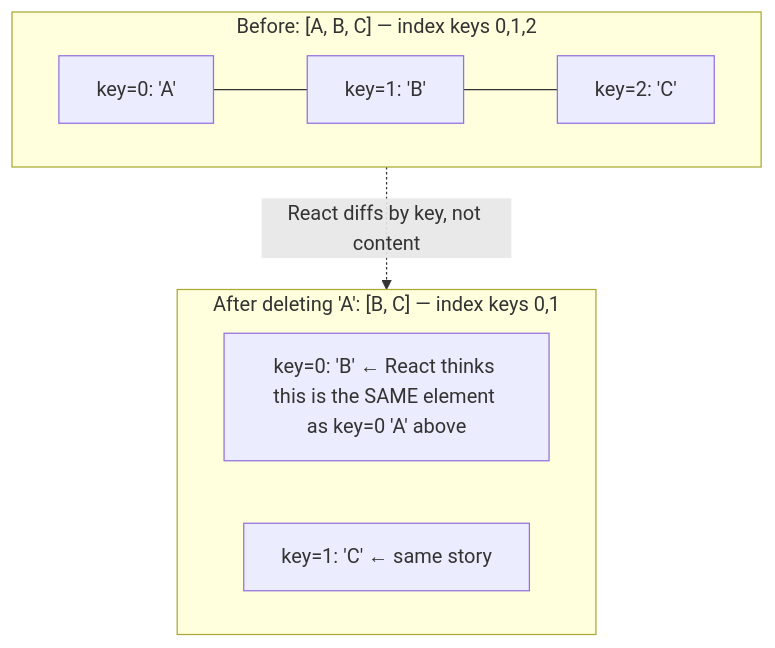
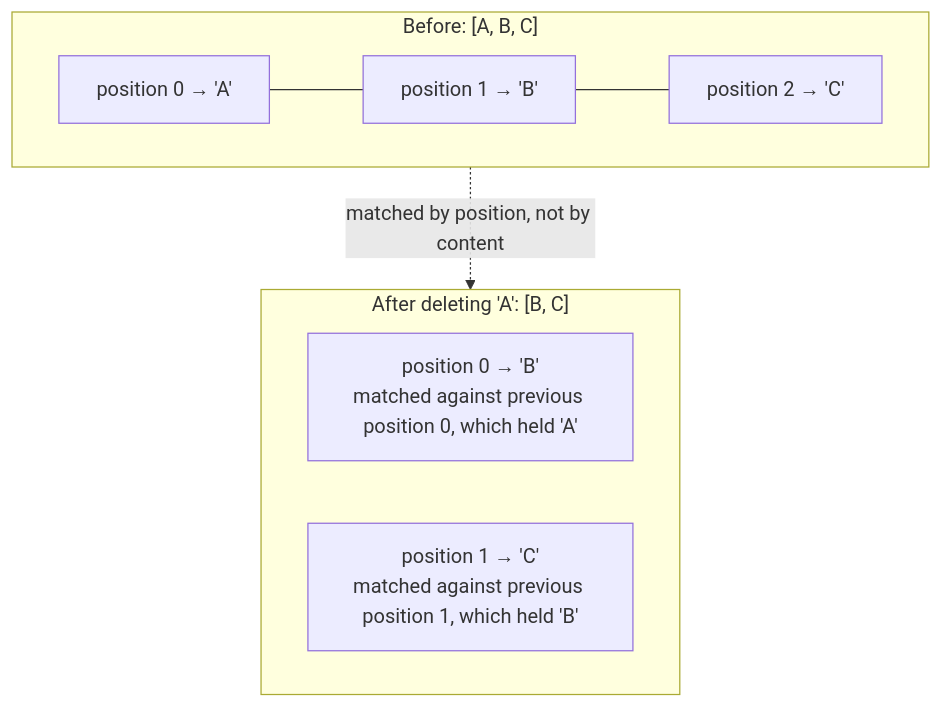
The fourth of 5 diagrams in notes/01-foundations/README.md (tushardongre1990/Claude-React), drawn with Mermaid before and after one commit. The commit also changed other lines of this file and 1 other file, not shown here.

Commit message:
fix ch.01 diagrams: correct jsxs transform output, Vite-as-compiler, trigger and index-key labels

````diff
--- a/notes/01-foundations/README.md
+++ b/notes/01-foundations/README.md
@@ -807,11 +865,11 @@
 ```mermaid
 flowchart TB
-    subgraph before["Before: [A, B, C] — index keys 0,1,2"]
-        A0["key=0: 'A'"] --- B0["key=1: 'B'"] --- C0["key=2: 'C'"]
+    subgraph before["Before: [A, B, C]"]
+        A0["position 0 → 'A'"] --- B0["position 1 → 'B'"] --- C0["position 2 → 'C'"]
     end
-    subgraph after["After deleting 'A': [B, C] — index keys 0,1"]
-        B1["key=0: 'B' ← React thinks this is the SAME element as key=0 'A' above"]
-        C1["key=1: 'C' ← same story"]
+    subgraph after["After deleting 'A': [B, C]"]
+        B1["position 0 → 'B'\nmatched against previous position 0, which held 'A'"]
+        C1["position 1 → 'C'\nmatched against previous position 1, which held 'B'"]
     end
-    before -.->|"React diffs by key, not content"| after
+    before -.->|"matched by position, not by content"| after
 ```
````
